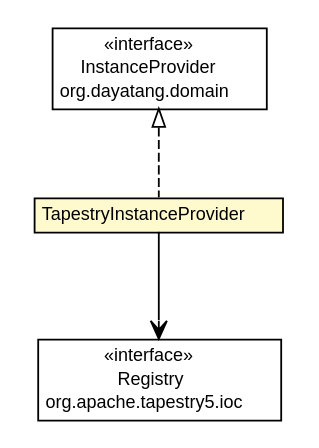
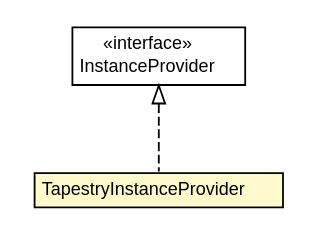
One commit to dayatang/dddlib changed the diagram in dddlib-ioc/dddlib-ioc-tapestry/apidocs/org/dayatang/ioc/tapestry/factory/TapestryInstanceProvider.dot. Above: the diagram before and after it, drawn with Graphviz. The commit also changed 101 other files, not shown here.

```diff
--- a/dddlib-ioc/dddlib-ioc-tapestry/apidocs/org/dayatang/ioc/tapestry/factory/TapestryInstanceProvider.dot
+++ b/dddlib-ioc/dddlib-ioc-tapestry/apidocs/org/dayatang/ioc/tapestry/factory/TapestryInstanceProvider.dot
@@ -1,38 +1,27 @@
 #!/usr/local/bin/dot
 #
 # Class diagram 
 # Generated by UMLGraph version R5_6_6-8-g8d7759 (http://www.umlgraph.org/)
 #
 
 digraph G {
 	edge [fontname="Helvetica",fontsize=10,labelfontname="Helvetica",labelfontsize=10];
 	node [fontname="Helvetica",fontsize=10,shape=plaintext];
 	nodesep=0.25;
 	ranksep=0.5;
 	// org.dayatang.ioc.tapestry.factory.TapestryInstanceProvider
-	c30 [label=<<table title="org.dayatang.ioc.tapestry.factory.TapestryInstanceProvider" border="0" cellborder="1" cellspacing="0" cellpadding="2" port="p" bgcolor="lemonChiffon" href="./TapestryInstanceProvider.html">
+	c17 [label=<<table title="org.dayatang.ioc.tapestry.factory.TapestryInstanceProvider" border="0" cellborder="1" cellspacing="0" cellpadding="2" port="p" bgcolor="lemonChiffon" href="./TapestryInstanceProvider.html">
 		<tr><td><table border="0" cellspacing="0" cellpadding="1">
 <tr><td align="center" balign="center"> TapestryInstanceProvider </td></tr>
 		</table></td></tr>
 		</table>>, URL="./TapestryInstanceProvider.html", fontname="Helvetica", fontcolor="black", fontsize=10.0];
 	//org.dayatang.ioc.tapestry.factory.TapestryInstanceProvider implements org.dayatang.domain.InstanceProvider
-	c32:p -> c30:p [dir=back,arrowtail=empty,style=dashed];
-	// org.dayatang.ioc.tapestry.factory.TapestryInstanceProvider NAVASSOC org.apache.tapestry5.ioc.Registry
-	c30:p -> c33:p [taillabel="", label=" "headlabel="", fontname="Helvetica", fontcolor="black", fontsize=10.0, color="black", arrowhead=open];
-	// org.apache.tapestry5.ioc.Registry
-	c33 [label=<<table title="org.apache.tapestry5.ioc.Registry" border="0" cellborder="1" cellspacing="0" cellpadding="2" port="p" href="http://java.sun.com/j2se/1.4.2/docs/api/org/apache/tapestry5/ioc/Registry.html">
-		<tr><td><table border="0" cellspacing="0" cellpadding="1">
-<tr><td align="center" balign="center"> &#171;interface&#187; </td></tr>
-<tr><td align="center" balign="center"> Registry </td></tr>
-<tr><td align="center" balign="center"> org.apache.tapestry5.ioc </td></tr>
-		</table></td></tr>
-		</table>>, URL="http://java.sun.com/j2se/1.4.2/docs/api/org/apache/tapestry5/ioc/Registry.html", fontname="Helvetica", fontcolor="black", fontsize=10.0];
+	c19:p -> c17:p [dir=back,arrowtail=empty,style=dashed];
 	// org.dayatang.domain.InstanceProvider
-	c32 [label=<<table title="org.dayatang.domain.InstanceProvider" border="0" cellborder="1" cellspacing="0" cellpadding="2" port="p" href="http://java.sun.com/j2se/1.4.2/docs/api/org/dayatang/domain/InstanceProvider.html">
+	c19 [label=<<table title="org.dayatang.domain.InstanceProvider" border="0" cellborder="1" cellspacing="0" cellpadding="2" port="p">
 		<tr><td><table border="0" cellspacing="0" cellpadding="1">
 <tr><td align="center" balign="center"> &#171;interface&#187; </td></tr>
 <tr><td align="center" balign="center"> InstanceProvider </td></tr>
-<tr><td align="center" balign="center"> org.dayatang.domain </td></tr>
 		</table></td></tr>
-		</table>>, URL="http://java.sun.com/j2se/1.4.2/docs/api/org/dayatang/domain/InstanceProvider.html", fontname="Helvetica", fontcolor="black", fontsize=10.0];
+		</table>>, URL="null", fontname="Helvetica", fontcolor="black", fontsize=10.0];
 }
```
